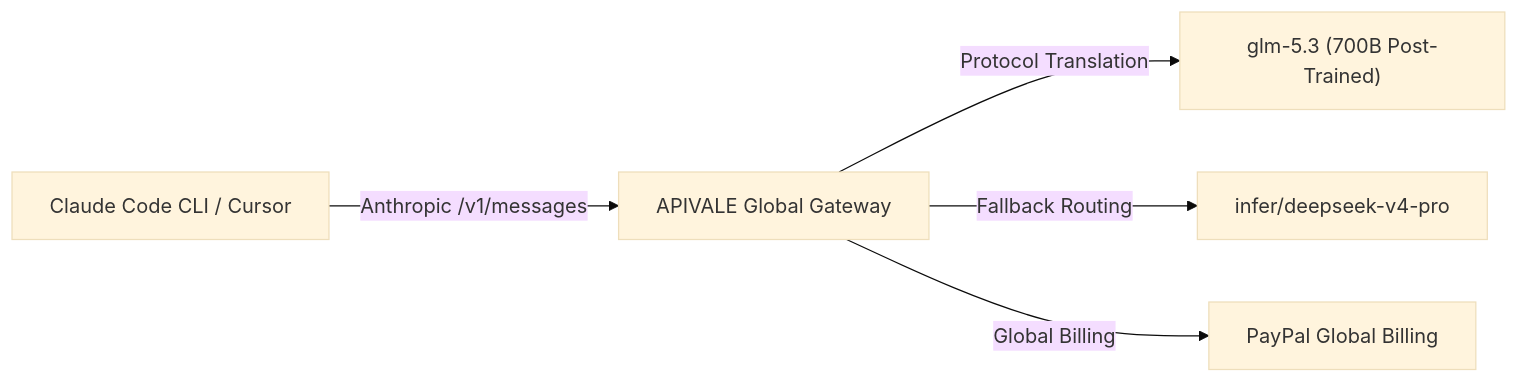
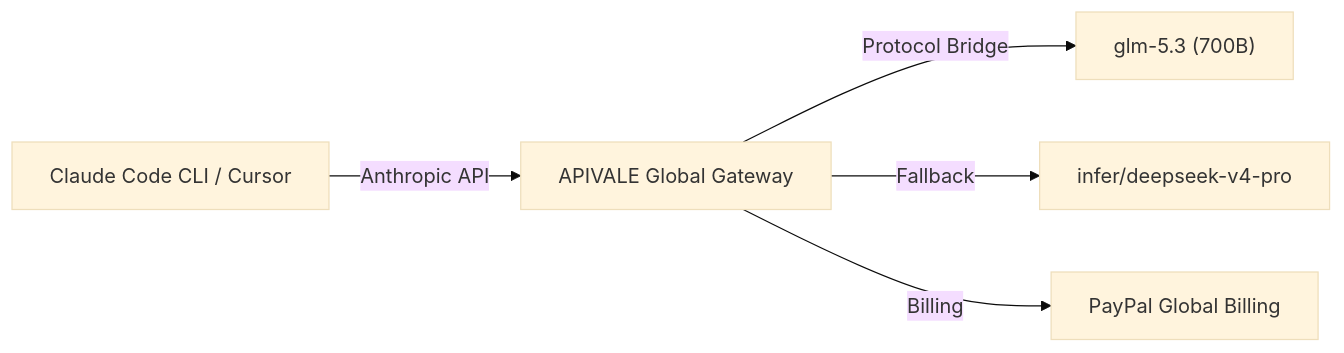
The diagram in src/content/blog/connect-glm-5-3-to-claude-code-cli-cursor.md (bshx2024/apivel_blog), drawn with Mermaid (base theme) before and after one commit. The commit also changed other lines of this file, not shown here.

````diff
--- a/src/content/blog/connect-glm-5-3-to-claude-code-cli-cursor.md
+++ b/src/content/blog/connect-glm-5-3-to-claude-code-cli-cursor.md
@@ -49,7 +41,7 @@
 ```mermaid
 graph LR
-    A["Claude Code CLI / Cursor"] -->|Anthropic /v1/messages| B["APIVALE Global Gateway"]
-    B -->|Protocol Translation| C["glm-5.3 (700B Post-Trained)"]
-    B -->|Fallback Routing| D["infer/deepseek-v4-pro"]
-    B -->|Global Billing| E["PayPal Global Billing"]
+    A["Claude Code CLI / Cursor"] -->|Anthropic API| B["APIVALE Global Gateway"]
+    B -->|Protocol Bridge| C["glm-5.3 (700B)"]
+    B -->|Fallback| D["infer/deepseek-v4-pro"]
+    B -->|Billing| E["PayPal Global Billing"]
 ```
````
